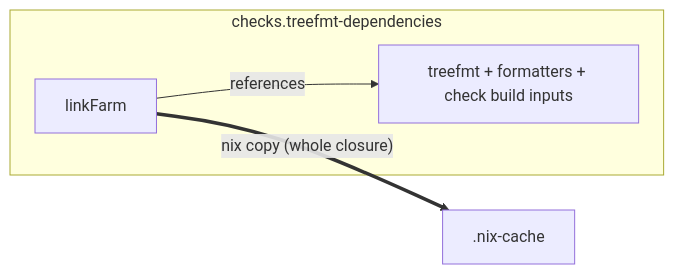
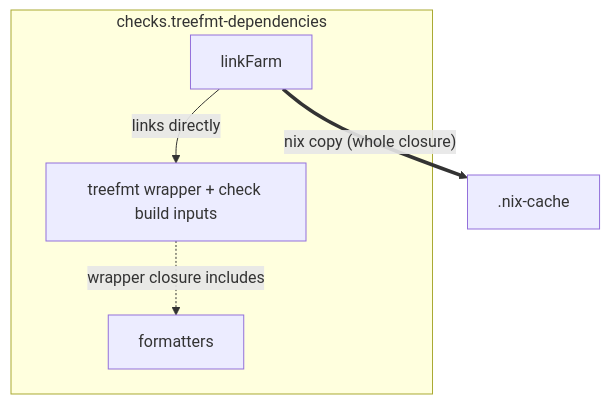
One commit to drupol/not-a-number.io changed the third of 3 diagrams in content/posts/random/2026-10-04-nixcon-2026.md. Above: the diagram before and after it, drawn with Mermaid. The commit also changed other lines of this file, not shown here.

```diff
--- a/content/posts/random/2026-10-04-nixcon-2026.md
+++ b/content/posts/random/2026-10-04-nixcon-2026.md
@@ -401,7 +403,8 @@
 {{< mermaid >}}
-flowchart LR
+flowchart TB
 subgraph depsSub["checks.treefmt-dependencies"]
-DEPS["linkFarm"] -- "references" --> TOOLS2["treefmt + formatters + check build inputs"]
+DEPS["linkFarm"] -- "links directly" --> TOOLS2["treefmt wrapper + check build inputs"]
+TOOLS2 -. "wrapper closure includes" .-> FMT["formatters"]
 end
 DEPS == "nix copy (whole closure)" ==> CACHE[".nix-cache"]
 {{< /mermaid >}}
```
